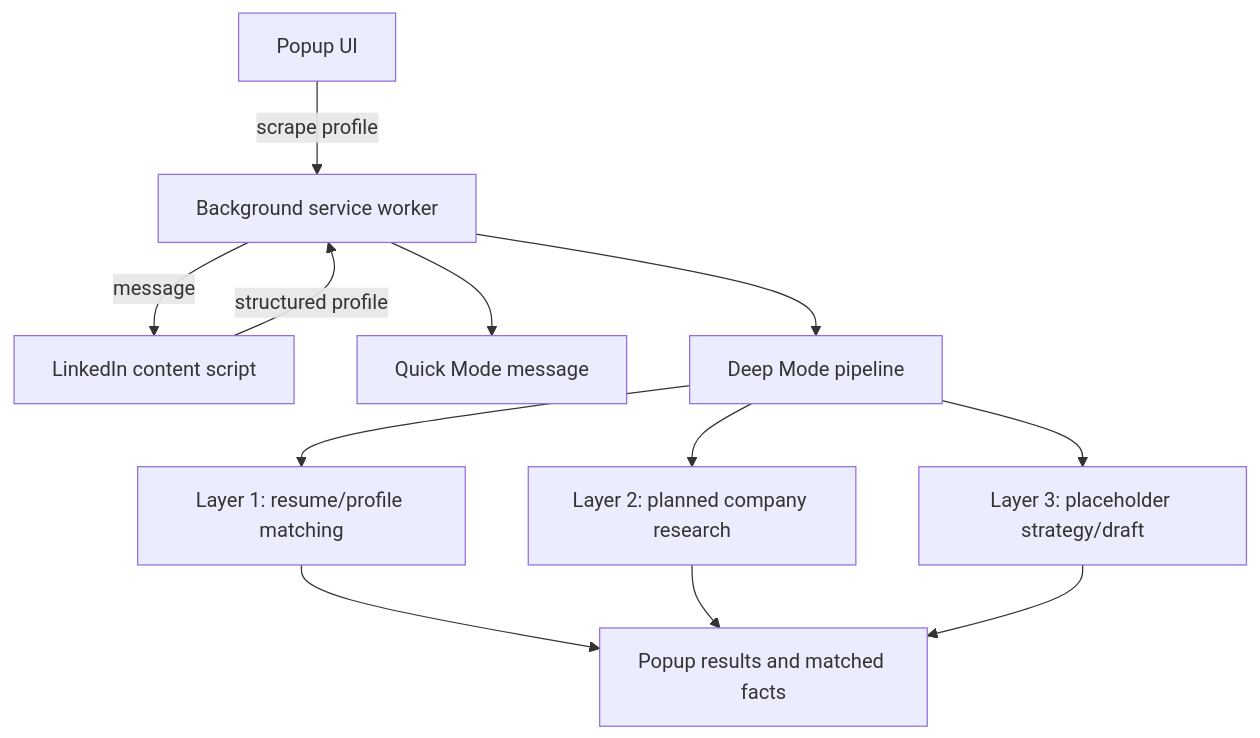
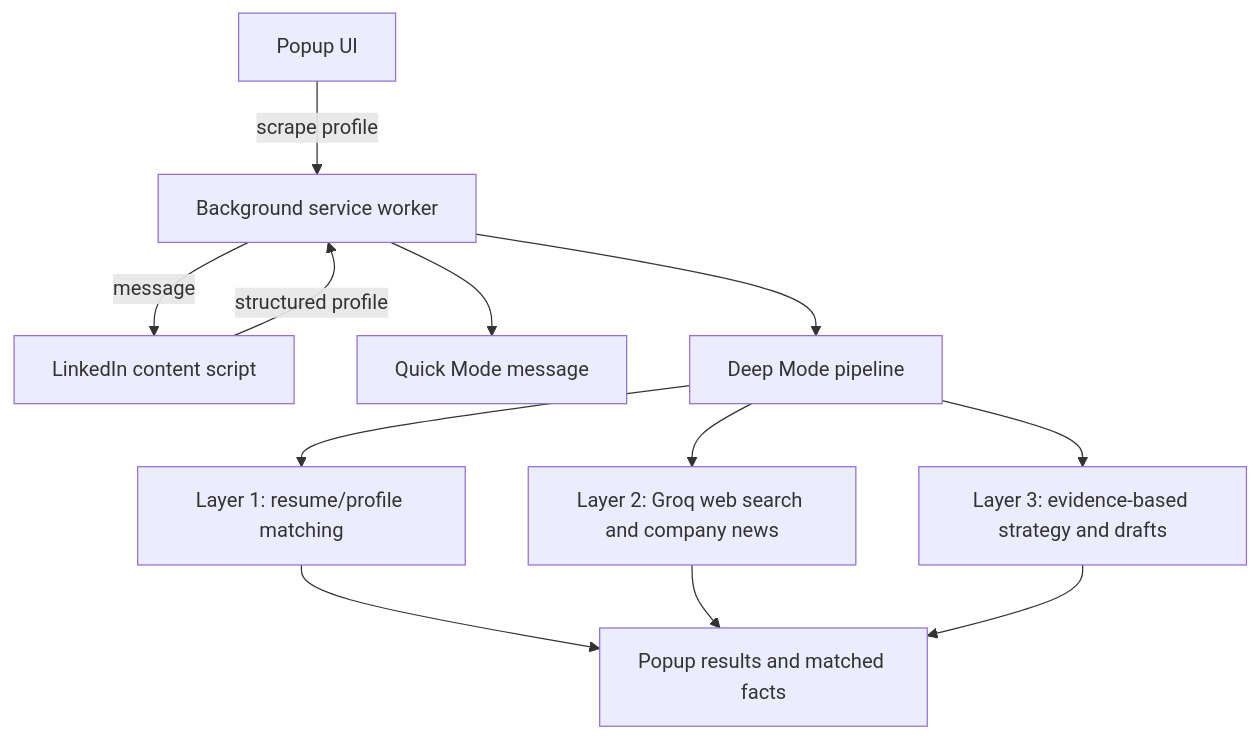
The diagram in docs/architecture.md (krish5S/outreach-agent), drawn with Mermaid before and after one commit. The commit also changed other lines of this file and 19 other files, not shown here.

Commit message:
feat: add company intelligence and deep outreach drafts

````diff
--- a/docs/architecture.md
+++ b/docs/architecture.md
@@ -18,14 +18,14 @@
 ```mermaid
 flowchart TD
   User[Popup UI] -->|scrape profile| Background[Background service worker]
   Background -->|message| Scraper[LinkedIn content script]
   Scraper -->|structured profile| Background
   Background --> Quick[Quick Mode message]
   Background --> Pipeline[Deep Mode pipeline]
   Pipeline --> Memory[Layer 1: resume/profile matching]
-  Pipeline --> Company[Layer 2: planned company research]
-  Pipeline --> Approach[Layer 3: placeholder strategy/draft]
+  Pipeline --> Company[Layer 2: Groq web search and company news]
+  Pipeline --> Approach[Layer 3: evidence-based strategy and drafts]
   Memory --> Results[Popup results and matched facts]
   Company --> Results
   Approach --> Results
 ```
````
